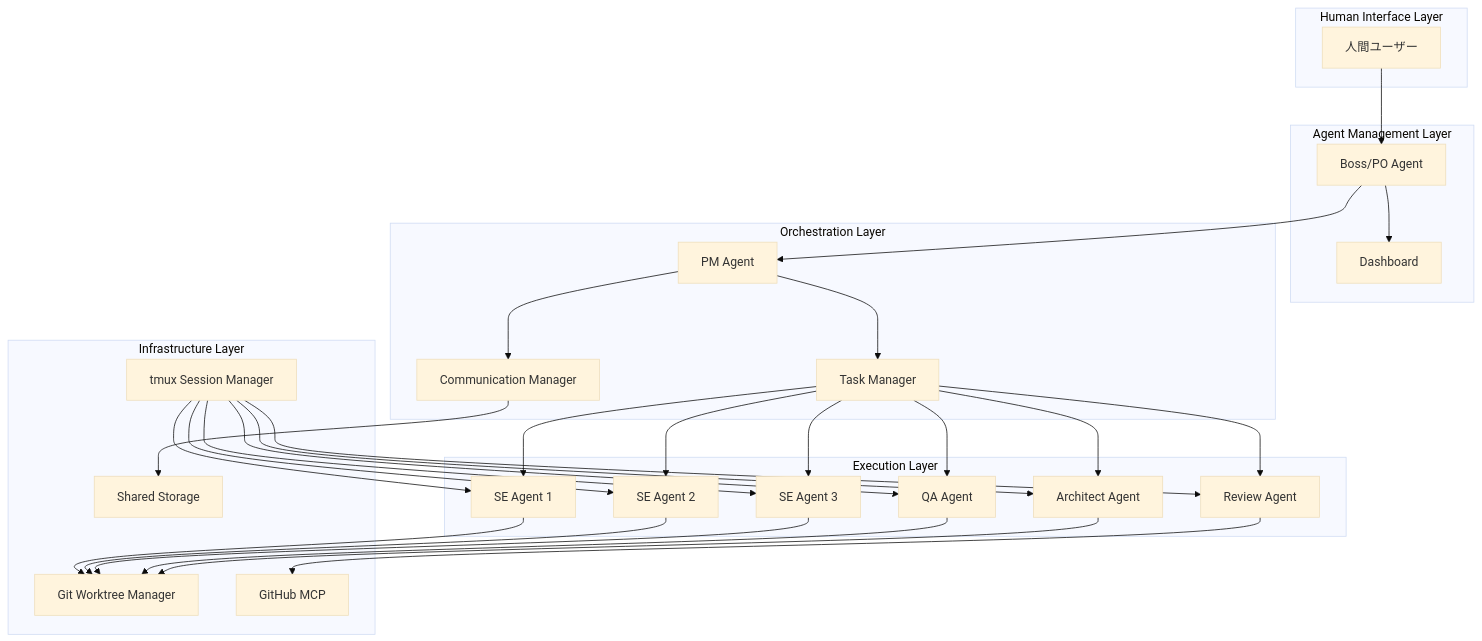
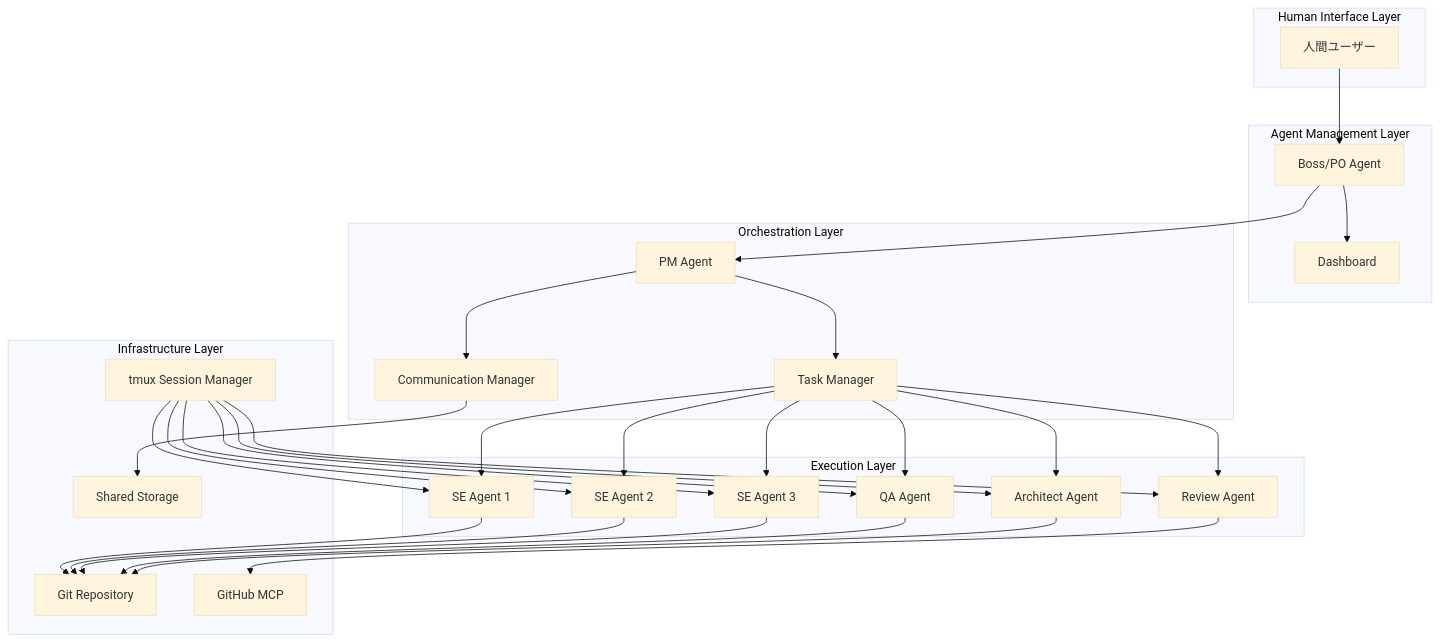
The first of 3 diagrams in docs/development-flow/design/software_design_document.md (norinoriver/ai-multi-agent), drawn with Mermaid (base theme) before and after one commit. The commit also changed other lines of this file and 2 other files, not shown here.

First line of the commit message:
refactor: Git Worktree Manager概念を削除してgitコマンド直接実行に変更

````diff
--- a/docs/development-flow/design/software_design_document.md
+++ b/docs/development-flow/design/software_design_document.md
@@ -24,58 +24,58 @@
 ```mermaid
 graph TB
     subgraph "Human Interface Layer"
         Human[人間ユーザー]
     end
     
     subgraph "Agent Management Layer"
         Boss[Boss/PO Agent]
         Dashboard[Dashboard]
     end
     
     subgraph "Orchestration Layer"
         PM[PM Agent]
         TaskManager[Task Manager]
         CommManager[Communication Manager]
     end
     
     subgraph "Execution Layer"
         SE1[SE Agent 1]
         SE2[SE Agent 2]
         SE3[SE Agent 3]
         QA[QA Agent]
         Review[Review Agent]
         Arch[Architect Agent]
     end
     
     subgraph "Infrastructure Layer"
         Tmux[tmux Session Manager]
-        Git[Git Worktree Manager]
+        Git[Git Repository]
         GitHub[GitHub MCP]
         Storage[Shared Storage]
     end
     
     Human --> Boss
     Boss --> PM
     Boss --> Dashboard
     PM --> TaskManager
     PM --> CommManager
     TaskManager --> SE1
     TaskManager --> SE2
     TaskManager --> SE3
     TaskManager --> QA
     TaskManager --> Review
     TaskManager --> Arch
     CommManager --> Storage
     SE1 --> Git
     SE2 --> Git
     SE3 --> Git
     QA --> Git
     Arch --> Git
     Review --> GitHub
     Tmux --> SE1
     Tmux --> SE2
     Tmux --> SE3
     Tmux --> QA
     Tmux --> Review
     Tmux --> Arch
 ```
````
